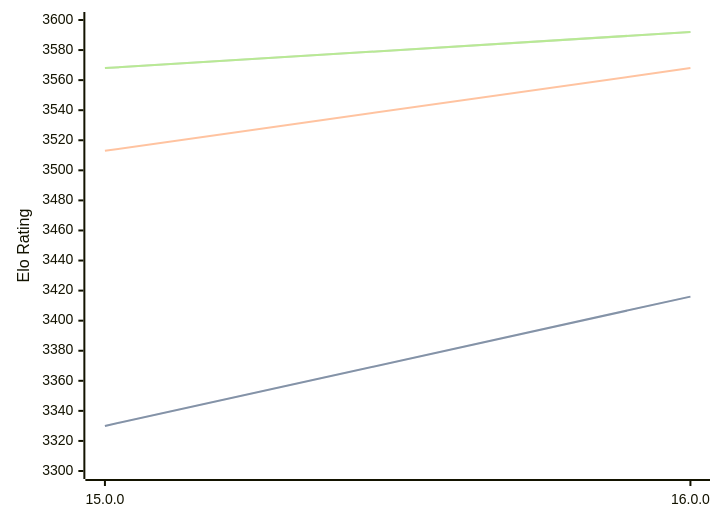
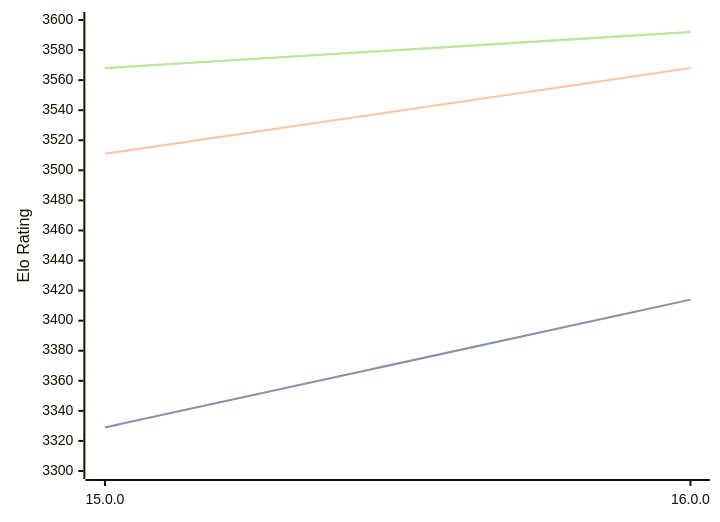
One commit to computer-chess-index/cci changed the diagram in engines/Halogen.md. Above: the diagram before and after it, drawn with Mermaid. The commit also changed other lines of this file, not shown here.

Commit message:
Update CCI Ratings (ELO VLTC) - 2026-03-04

````diff
--- a/engines/Halogen.md
+++ b/engines/Halogen.md
@@ -48,11 +48,11 @@
 ```mermaid
 %%{init: {"theme":"base","themeVariables":{"seriesColors:['#a3a3a3','#222221','#faa371']}}}%%
 xychart-beta
   x-axis ["15.0.0", "16.0.0"]
   y-axis "Elo Rating" 3300 --> 3600
-  line "STC (8.0+0.08s)" [3330, 3416]
-  line "STC (8.0+0.08s)" [3330, 3416]
-  line "LTC (60.0+0.60s)" [3513, 3568]
+  line "STC (8.0+0.08s)" [3329, 3414]
+  line "STC (8.0+0.08s)" [3329, 3414]
+  line "LTC (60.0+0.60s)" [3511, 3568]
   line "VLTC (2m24s+1.12s)" [3568, 3592]
   line "VLTC (2m24s+1.12s)" [3568, 3592]
 ```
````
